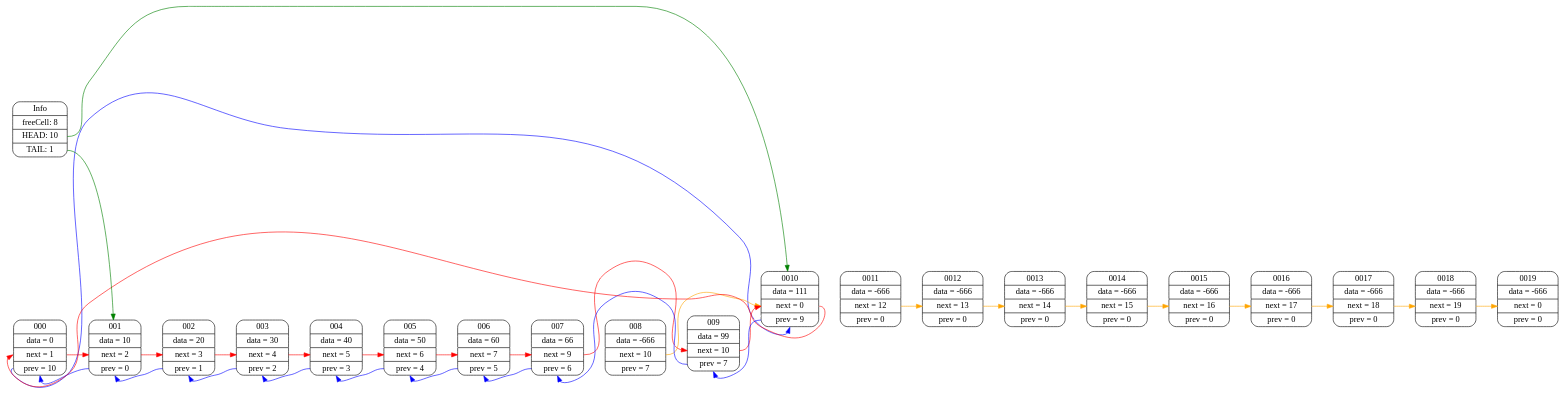
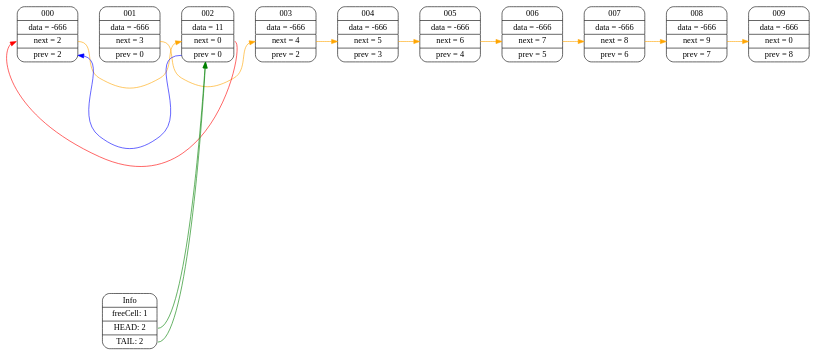
The diagram in tree.dot (Matvey787/myArray), drawn with Graphviz before and after one commit. The commit also changed 16 other files, not shown here.

```diff
--- a/tree.dot
+++ b/tree.dot
@@ -1,83 +1,44 @@
 digraph
 { 
                     rankdir=LR; 
                     overlap=false; 
                     splines=true; 
                     nodesep=0.75; 
                     ranksep=0.5;
-node000 [shape=Mrecord label= " 000 | data = 0 | <n0_n> next = 1 | <n0_p> prev = 10 " ];
-node001 [shape=Mrecord label= " 001 | data = 10 | <n1_n> next = 2 | <n1_p> prev = 0 " ];
-node002 [shape=Mrecord label= " 002 | data = 20 | <n2_n> next = 3 | <n2_p> prev = 1 " ];
-node003 [shape=Mrecord label= " 003 | data = 30 | <n3_n> next = 4 | <n3_p> prev = 2 " ];
-node004 [shape=Mrecord label= " 004 | data = 40 | <n4_n> next = 5 | <n4_p> prev = 3 " ];
-node005 [shape=Mrecord label= " 005 | data = 50 | <n5_n> next = 6 | <n5_p> prev = 4 " ];
-node006 [shape=Mrecord label= " 006 | data = 60 | <n6_n> next = 7 | <n6_p> prev = 5 " ];
-node007 [shape=Mrecord label= " 007 | data = 66 | <n7_n> next = 9 | <n7_p> prev = 6 " ];
-node008 [shape=Mrecord label= " 008 | data = -666 | <n8_n> next = 10 | <n8_p> prev = 7 " ];
-node009 [shape=Mrecord label= " 009 | data = 99 | <n9_n> next = 10 | <n9_p> prev = 7 " ];
-node0010 [shape=Mrecord label= " 0010 | data = 111 | <n10_n> next = 0 | <n10_p> prev = 9 " ];
-node0011 [shape=Mrecord label= " 0011 | data = -666 | <n11_n> next = 12 | <n11_p> prev = 0 " ];
-node0012 [shape=Mrecord label= " 0012 | data = -666 | <n12_n> next = 13 | <n12_p> prev = 0 " ];
-node0013 [shape=Mrecord label= " 0013 | data = -666 | <n13_n> next = 14 | <n13_p> prev = 0 " ];
-node0014 [shape=Mrecord label= " 0014 | data = -666 | <n14_n> next = 15 | <n14_p> prev = 0 " ];
-node0015 [shape=Mrecord label= " 0015 | data = -666 | <n15_n> next = 16 | <n15_p> prev = 0 " ];
-node0016 [shape=Mrecord label= " 0016 | data = -666 | <n16_n> next = 17 | <n16_p> prev = 0 " ];
-node0017 [shape=Mrecord label= " 0017 | data = -666 | <n17_n> next = 18 | <n17_p> prev = 0 " ];
-node0018 [shape=Mrecord label= " 0018 | data = -666 | <n18_n> next = 19 | <n18_p> prev = 0 " ];
-node0019 [shape=Mrecord label= " 0019 | data = -666 | <n19_n> next = 0 | <n19_p> prev = 0 " ];
+node000 [shape=Mrecord label= " 000 | data = -666 | <n0_n> next = 2 | <n0_p> prev = 2 " ];
+node001 [shape=Mrecord label= " 001 | data = -666 | <n1_n> next = 3 | <n1_p> prev = 0 " ];
+node002 [shape=Mrecord label= " 002 | data = 11 | <n2_n> next = 0 | <n2_p> prev = 0 " ];
+node003 [shape=Mrecord label= " 003 | data = -666 | <n3_n> next = 4 | <n3_p> prev = 2 " ];
+node004 [shape=Mrecord label= " 004 | data = -666 | <n4_n> next = 5 | <n4_p> prev = 3 " ];
+node005 [shape=Mrecord label= " 005 | data = -666 | <n5_n> next = 6 | <n5_p> prev = 4 " ];
+node006 [shape=Mrecord label= " 006 | data = -666 | <n6_n> next = 7 | <n6_p> prev = 5 " ];
+node007 [shape=Mrecord label= " 007 | data = -666 | <n7_n> next = 8 | <n7_p> prev = 6 " ];
+node008 [shape=Mrecord label= " 008 | data = -666 | <n8_n> next = 9 | <n8_p> prev = 7 " ];
+node009 [shape=Mrecord label= " 009 | data = -666 | <n9_n> next = 0 | <n9_p> prev = 8 " ];
 
-info [shape=Mrecord label= " Info | freeCell: 8 | <info_h> HEAD: 10 | <info_t> TAIL: 1 " ];
-info:<info_h> -> node0010 [ color = green; ]
-info:<info_t> -> node001 [ color = green; ]
+info [shape=Mrecord label= " Info | freeCell: 1 | <info_h> HEAD: 2 | <info_t> TAIL: 2 " ];
+info:<info_h> -> node002 [ color = green; ]
+info:<info_t> -> node002 [ color = green; ]
 
-node000 -> node001 [ weight = 1; color = white; ]
-node001 -> node002 [ weight = 1; color = white; ]
-node002 -> node003 [ weight = 1; color = white; ]
-node003 -> node004 [ weight = 1; color = white; ]
-node004 -> node005 [ weight = 1; color = white; ]
-node005 -> node006 [ weight = 1; color = white; ]
-node006 -> node007 [ weight = 1; color = white; ]
-node007 -> node008 [ weight = 1; color = white; ]
-node008 -> node009 [ weight = 1; color = white; ]
-node009 -> node0010 [ weight = 1; color = white; ]
-node0010 -> node0011 [ weight = 1; color = white; ]
-node0011 -> node0012 [ weight = 1; color = white; ]
-node0012 -> node0013 [ weight = 1; color = white; ]
-node0013 -> node0014 [ weight = 1; color = white; ]
-node0014 -> node0015 [ weight = 1; color = white; ]
-node0015 -> node0016 [ weight = 1; color = white; ]
-node0016 -> node0017 [ weight = 1; color = white; ]
-node0017 -> node0018 [ weight = 1; color = white; ]
-node0018 -> node0019 [ weight = 1; color = white; ]
+node000 -> node001 [ weight = 10; color = white; ]
+node001 -> node002 [ weight = 10; color = white; ]
+node002 -> node003 [ weight = 10; color = white; ]
+node003 -> node004 [ weight = 10; color = white; ]
+node004 -> node005 [ weight = 10; color = white; ]
+node005 -> node006 [ weight = 10; color = white; ]
+node006 -> node007 [ weight = 10; color = white; ]
+node007 -> node008 [ weight = 10; color = white; ]
+node008 -> node009 [ weight = 10; color = white; ]
 
-node000:<n0_p>:w -> node0010:<n10_p>:s [ color = blue; minlen=2; constraint=false; ]
-node001:<n1_p>:w -> node000:<n0_p>:s [ color = blue; minlen=2; constraint=false; ]
-node002:<n2_p>:w -> node001:<n1_p>:s [ color = blue; minlen=2; constraint=false; ]
-node003:<n3_p>:w -> node002:<n2_p>:s [ color = blue; minlen=2; constraint=false; ]
-node004:<n4_p>:w -> node003:<n3_p>:s [ color = blue; minlen=2; constraint=false; ]
-node005:<n5_p>:w -> node004:<n4_p>:s [ color = blue; minlen=2; constraint=false; ]
-node006:<n6_p>:w -> node005:<n5_p>:s [ color = blue; minlen=2; constraint=false; ]
-node007:<n7_p>:w -> node006:<n6_p>:s [ color = blue; minlen=2; constraint=false; ]
-node009:<n9_p>:w -> node007:<n7_p>:s [ color = blue; minlen=2; constraint=false; ]
-node0010:<n10_p>:w -> node009:<n9_p>:s [ color = blue; minlen=2; constraint=false; ]
+node002:<n2_p>:w -> node000:<n0_p>:e [ color = blue; minlen=2; constraint=false; ]
 
-node000:<n0_n>:e -> node001:<n1_n>:w [ color = red; minlen=2; constraint=false; ]
-node001:<n1_n>:e -> node002:<n2_n>:w [ color = red; minlen=2; constraint=false; ]
-node002:<n2_n>:e -> node003:<n3_n>:w [ color = red; minlen=2; constraint=false; ]
-node003:<n3_n>:e -> node004:<n4_n>:w [ color = red; minlen=2; constraint=false; ]
-node004:<n4_n>:e -> node005:<n5_n>:w [ color = red; minlen=2; constraint=false; ]
-node005:<n5_n>:e -> node006:<n6_n>:w [ color = red; minlen=2; constraint=false; ]
-node006:<n6_n>:e -> node007:<n7_n>:w [ color = red; minlen=2; constraint=false; ]
-node007:<n7_n>:e -> node009:<n9_n>:w [ color = red; minlen=2; constraint=false; ]
-node008:<n8_n>:e -> node0010:<n10_n>:w [ color = orange; minlen=2; constraint=false; ]
-node009:<n9_n>:e -> node0010:<n10_n>:w [ color = red; minlen=2; constraint=false; ]
-node0010:<n10_n>:e -> node000:<n0_n>:w [ color = red; minlen=2; constraint=false; ]
-node0011:<n11_n>:e -> node0012:<n12_n>:w [ color = orange; minlen=2; constraint=false; ]
-node0012:<n12_n>:e -> node0013:<n13_n>:w [ color = orange; minlen=2; constraint=false; ]
-node0013:<n13_n>:e -> node0014:<n14_n>:w [ color = orange; minlen=2; constraint=false; ]
-node0014:<n14_n>:e -> node0015:<n15_n>:w [ color = orange; minlen=2; constraint=false; ]
-node0015:<n15_n>:e -> node0016:<n16_n>:w [ color = orange; minlen=2; constraint=false; ]
-node0016:<n16_n>:e -> node0017:<n17_n>:w [ color = orange; minlen=2; constraint=false; ]
-node0017:<n17_n>:e -> node0018:<n18_n>:w [ color = orange; minlen=2; constraint=false; ]
-node0018:<n18_n>:e -> node0019:<n19_n>:w [ color = orange; minlen=2; constraint=false; ]
+node000:<n0_n>:e -> node002:<n2_n>:w [ color = orange; minlen=2; constraint=false; ]
+node001:<n1_n>:e -> node003:<n3_n>:w [ color = orange; minlen=2; constraint=false; ]
+node002:<n2_n>:e -> node000:<n0_n>:w [ color = red; minlen=2; constraint=false; ]
+node003:<n3_n>:e -> node004:<n4_n>:w [ color = orange; minlen=2; constraint=false; ]
+node004:<n4_n>:e -> node005:<n5_n>:w [ color = orange; minlen=2; constraint=false; ]
+node005:<n5_n>:e -> node006:<n6_n>:w [ color = orange; minlen=2; constraint=false; ]
+node006:<n6_n>:e -> node007:<n7_n>:w [ color = orange; minlen=2; constraint=false; ]
+node007:<n7_n>:e -> node008:<n8_n>:w [ color = orange; minlen=2; constraint=false; ]
+node008:<n8_n>:e -> node009:<n9_n>:w [ color = orange; minlen=2; constraint=false; ]
 }
```
